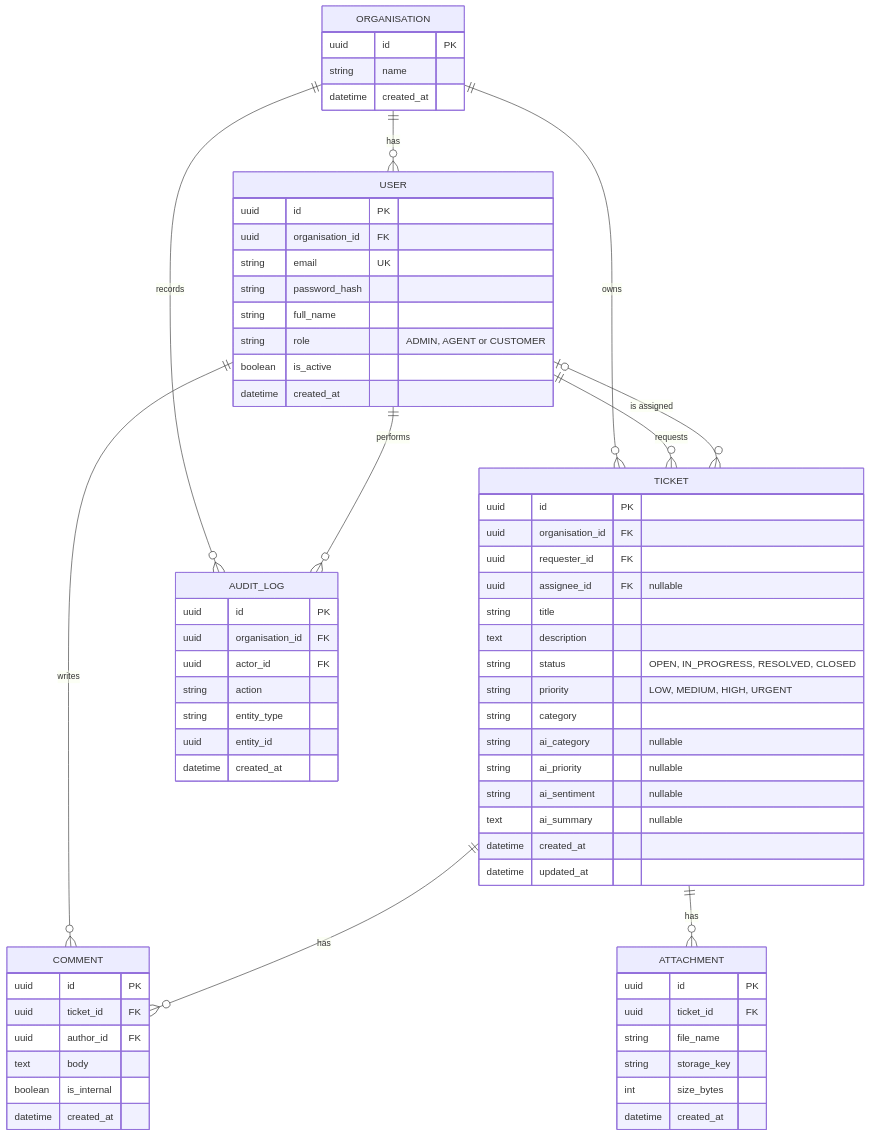
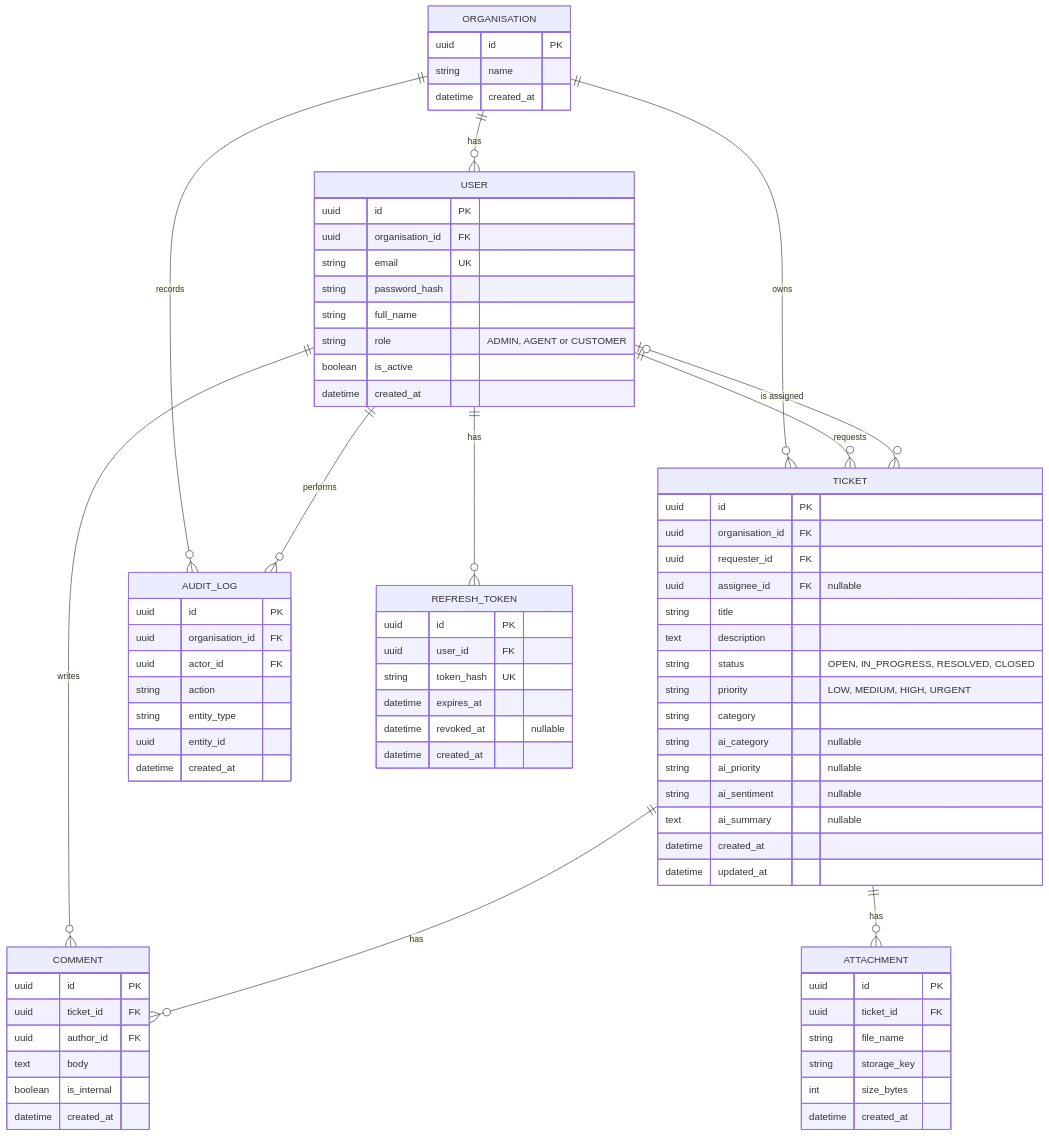
One commit to cjmt22/ticketflow changed the diagram in docs/erd.md. Above: the diagram before and after it, drawn with Mermaid. The commit also changed other lines of this file and 12 other files, not shown here.

````diff
--- a/docs/erd.md
+++ b/docs/erd.md
@@ -3,70 +3,80 @@
 ```mermaid
 erDiagram
     ORGANISATION ||--o{ USER : has
     ORGANISATION ||--o{ TICKET : owns
     ORGANISATION ||--o{ AUDIT_LOG : records
     USER ||--o{ TICKET : "requests"
     USER |o--o{ TICKET : "is assigned"
     USER ||--o{ COMMENT : writes
     USER ||--o{ AUDIT_LOG : performs
+    USER ||--o{ REFRESH_TOKEN : has
     TICKET ||--o{ COMMENT : has
     TICKET ||--o{ ATTACHMENT : has
 
     ORGANISATION {
         uuid id PK
         string name
         datetime created_at
     }
     USER {
         uuid id PK
         uuid organisation_id FK
         string email UK
         string password_hash
         string full_name
         string role "ADMIN, AGENT or CUSTOMER"
         boolean is_active
         datetime created_at
     }
     TICKET {
         uuid id PK
         uuid organisation_id FK
         uuid requester_id FK
         uuid assignee_id FK "nullable"
         string title
         text description
         string status "OPEN, IN_PROGRESS, RESOLVED, CLOSED"
         string priority "LOW, MEDIUM, HIGH, URGENT"
         string category
         string ai_category "nullable"
         string ai_priority "nullable"
         string ai_sentiment "nullable"
         text ai_summary "nullable"
         datetime created_at
         datetime updated_at
     }
     COMMENT {
         uuid id PK
         uuid ticket_id FK
         uuid author_id FK
         text body
         boolean is_internal
         datetime created_at
     }
     ATTACHMENT {
         uuid id PK
         uuid ticket_id FK
         string file_name
         string storage_key
         int size_bytes
         datetime created_at
     }
     AUDIT_LOG {
         uuid id PK
         uuid organisation_id FK
         uuid actor_id FK
         string action
         string entity_type
         uuid entity_id
         datetime created_at
     }
+    REFRESH_TOKEN {
+        uuid id PK
+        uuid user_id FK
+        string token_hash UK
+        datetime expires_at
+        datetime revoked_at "nullable"
+        datetime created_at
+    }
+
 ```
````
